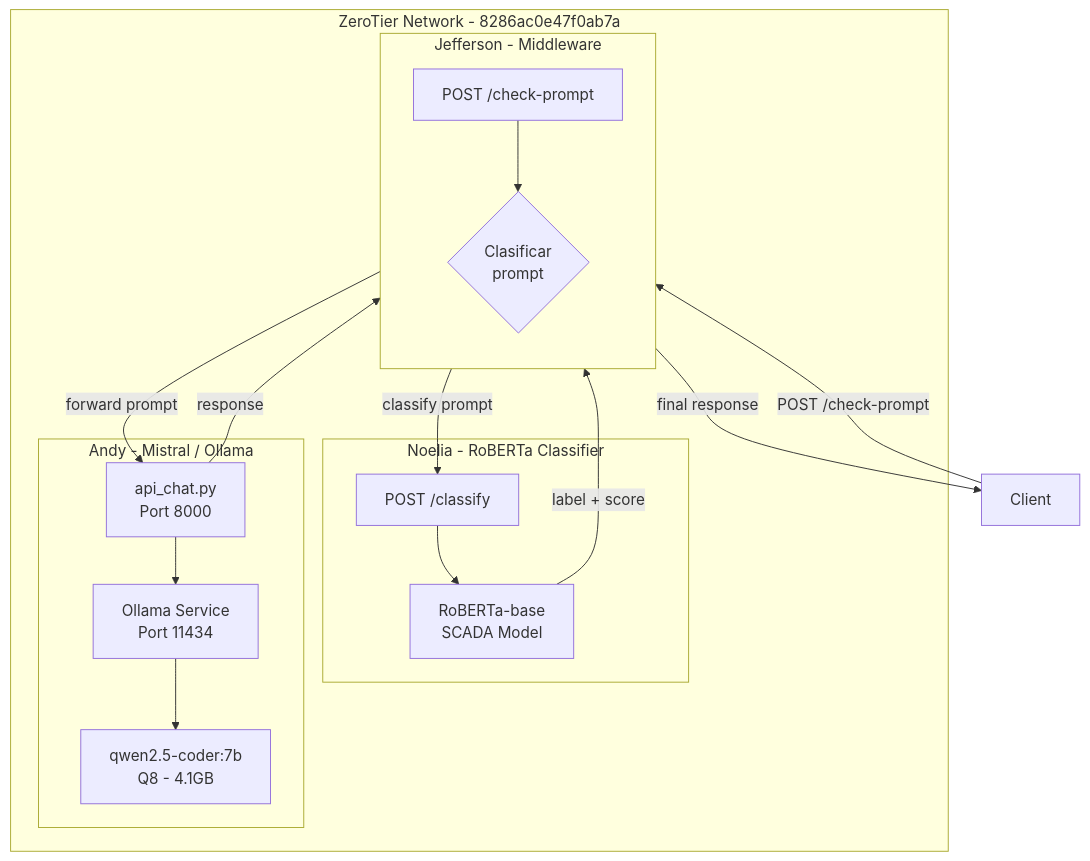
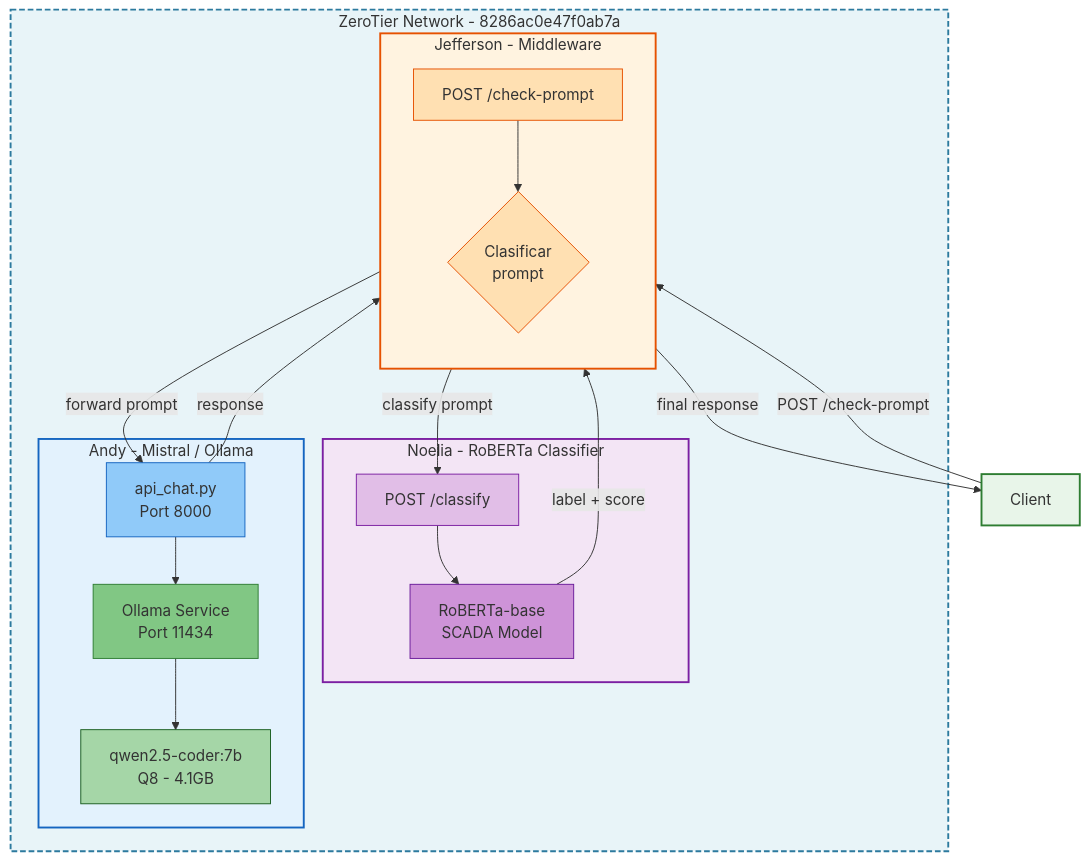
One commit to andylaglaguano9-max/Proyecto_Lagla changed the diagram in README.md. Above: the diagram before and after it, drawn with Mermaid.

Commit message:
Add colors to diagram: light blue ZeroTier, orange Jefferson, purple Noelia, blue/green Andy stack

````diff
--- a/README.md
+++ b/README.md
@@ -11,27 +11,40 @@
 ```mermaid
 flowchart TB
     subgraph ZT["ZeroTier Network - 8286ac0e47f0ab7a"]
         
         subgraph MID["Jefferson - Middleware"]
             direction TB
             EP1["POST /check-prompt"] --> DEC{"Clasificar<br>prompt"}
         end
 
         subgraph CLS["Noelia - RoBERTa Classifier"]
             EP2["POST /classify"] --> RB["RoBERTa-base<br>SCADA Model"]
         end
 
         subgraph LLM["Andy - Mistral / Ollama"]
             API["api_chat.py<br>Port 8000"] --> OLL["Ollama Service<br>Port 11434"]
             OLL --> M["qwen2.5-coder:7b<br>Q8 - 4.1GB"]
         end
 
     end
 
     C["Client"] -->|"POST /check-prompt"| EP1
     DEC -->|"classify prompt"| EP2
     RB -->|"label + score"| DEC
     DEC -->|"forward prompt"| API
     API -->|"response"| DEC
     DEC -->|"final response"| C
+
+    style ZT fill:#e8f4f8,stroke:#2c7a9e,stroke-width:2,stroke-dasharray: 6 3
+    style MID fill:#fff3e0,stroke:#e65100,stroke-width:2
+    style CLS fill:#f3e5f5,stroke:#7b1fa2,stroke-width:2
+    style LLM fill:#e3f2fd,stroke:#1565c0,stroke-width:2
+    style C fill:#e8f5e9,stroke:#2e7d32,stroke-width:2
+    style EP1 fill:#ffe0b2,stroke:#e65100
+    style DEC fill:#ffe0b2,stroke:#e65100
+    style EP2 fill:#e1bee7,stroke:#7b1fa2
+    style RB fill:#ce93d8,stroke:#6a1b9a
+    style API fill:#90caf9,stroke:#1565c0
+    style OLL fill:#81c784,stroke:#2e7d32
+    style M fill:#a5d6a7,stroke:#1b5e20
 ```
````
